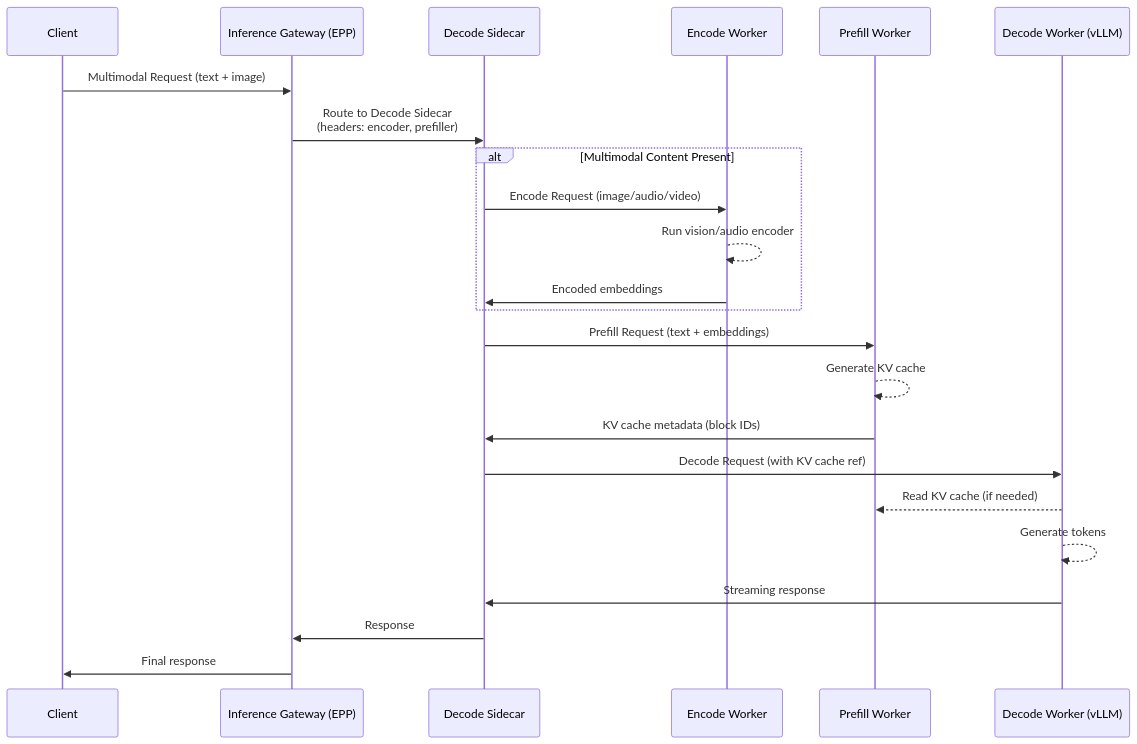
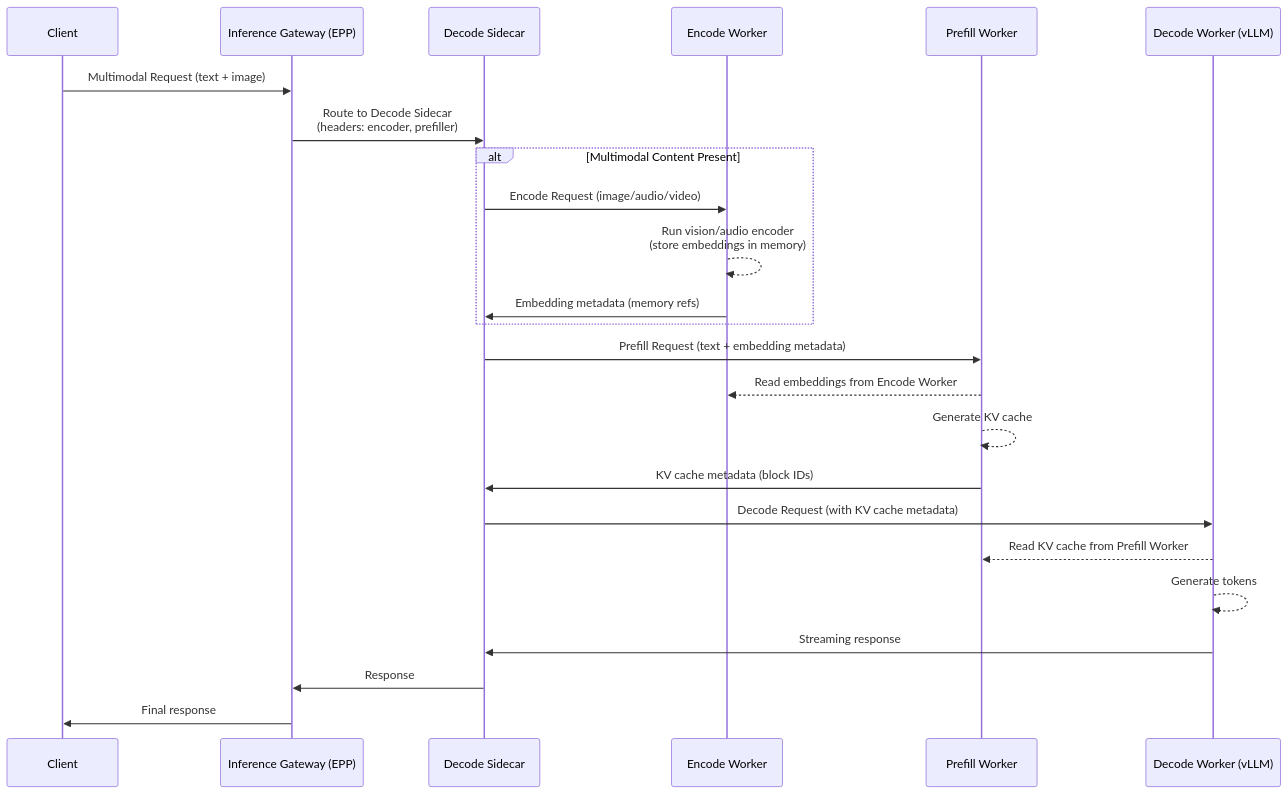
The diagram in docs/epd_disaggregation_proposal.md (llm-d/llm-d-inference-scheduler), drawn with Mermaid before and after one commit. The commit also changed other lines of this file, not shown here.

Commit message:
update flow diagram

````diff
--- a/docs/epd_disaggregation_proposal.md
+++ b/docs/epd_disaggregation_proposal.md
@@ -129,29 +132,30 @@
 ```mermaid
 sequenceDiagram
     participant C as Client
     participant I as Inference Gateway (EPP)
     participant DS as Decode Sidecar
     participant E as Encode Worker
     participant P as Prefill Worker
     participant D as Decode Worker (vLLM)
 
     C->>I: Multimodal Request (text + image)
     I->>DS: Route to Decode Sidecar<br/>(headers: encoder, prefiller)
     
     alt Multimodal Content Present
         DS->>E: Encode Request (image/audio/video)
-        E-->>E: Run vision/audio encoder
-        E->>DS: Encoded embeddings
+        E-->>E: Run vision/audio encoder<br/>(store embeddings in memory)
+        E->>DS: Embedding metadata (memory refs)
     end
     
-    DS->>P: Prefill Request (text + embeddings)
+    DS->>P: Prefill Request (text + embedding metadata)
+    P-->>E: Read embeddings from Encode Worker
     P-->>P: Generate KV cache
     P->>DS: KV cache metadata (block IDs)
     
-    DS->>D: Decode Request (with KV cache ref)
-    D-->>P: Read KV cache (if needed)
+    DS->>D: Decode Request (with KV cache metadata)
+    D-->>P: Read KV cache from Prefill Worker
     D-->>D: Generate tokens
     D->>DS: Streaming response
     DS->>I: Response
     I->>C: Final response
 ```
````
